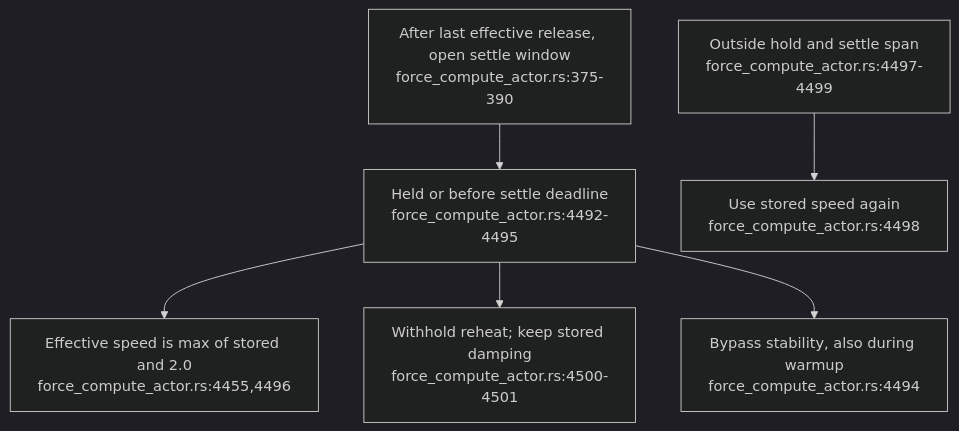
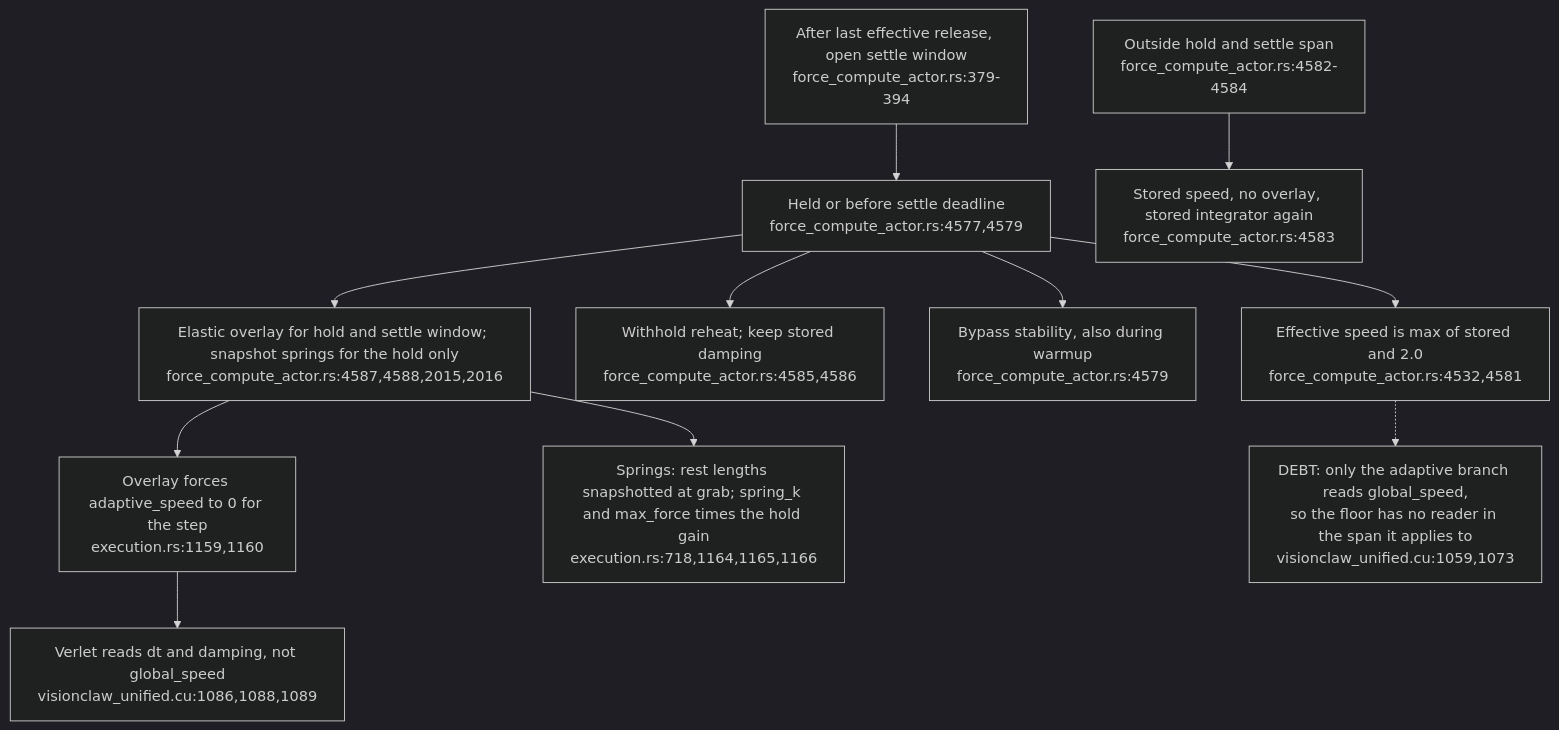
Before and after one commit to DreamLab-AI/VisionFlow: the third of 7 diagrams in docs/diagrams/visionclaw/52-drag-holds-and-observation-gates.md, drawn with Mermaid (dark theme). The commit also changed other lines of this file and 173 other files, not shown here.

````diff
--- a/docs/diagrams/visionclaw/52-drag-holds-and-observation-gates.md
+++ b/docs/diagrams/visionclaw/52-drag-holds-and-observation-gates.md
@@ -70,8 +71,13 @@
 ```mermaid
 flowchart TD
-    RELEASE["After last effective release, open settle window<br/>force_compute_actor.rs:375-390"] --> SPAN["Held or before settle deadline<br/>force_compute_actor.rs:4492-4495"]
-    SPAN --> SPEED["Effective speed is max of stored and 2.0<br/>force_compute_actor.rs:4455,4496"]
-    SPAN --> HEAT["Withhold reheat; keep stored damping<br/>force_compute_actor.rs:4500-4501"]
-    SPAN --> BYPASS["Bypass stability, also during warmup<br/>force_compute_actor.rs:4494"]
-    DONE["Outside hold and settle span<br/>force_compute_actor.rs:4497-4499"] --> STORED["Use stored speed again<br/>force_compute_actor.rs:4498"]
+    RELEASE["After last effective release, open settle window<br/>force_compute_actor.rs:379-394"] --> SPAN["Held or before settle deadline<br/>force_compute_actor.rs:4577,4579"]
+    SPAN --> SPEED["Effective speed is max of stored and 2.0<br/>force_compute_actor.rs:4532,4581"]
+    SPAN --> HEAT["Withhold reheat; keep stored damping<br/>force_compute_actor.rs:4585,4586"]
+    SPAN --> BYPASS["Bypass stability, also during warmup<br/>force_compute_actor.rs:4579"]
+    SPAN --> OVER["Elastic overlay for hold and settle window; snapshot springs for the hold only<br/>force_compute_actor.rs:4587,4588,2015,2016"]
+    OVER --> VERLET["Overlay forces adaptive_speed to 0 for the step<br/>execution.rs:1159,1160"]
+    OVER --> GAIN["Springs: rest lengths snapshotted at grab; spring_k and max_force times the hold gain<br/>execution.rs:718,1164,1165,1166"]
+    VERLET --> INT["Verlet reads dt and damping, not global_speed<br/>visionclaw_unified.cu:1086,1088,1089"]
+    SPEED -.-> DEAD["DEBT: only the adaptive branch reads global_speed,<br/>so the floor has no reader in the span it applies to<br/>visionclaw_unified.cu:1059,1073"]
+    DONE["Outside hold and settle span<br/>force_compute_actor.rs:4582-4584"] --> STORED["Stored speed, no overlay, stored integrator again<br/>force_compute_actor.rs:4583"]
 ```
````
